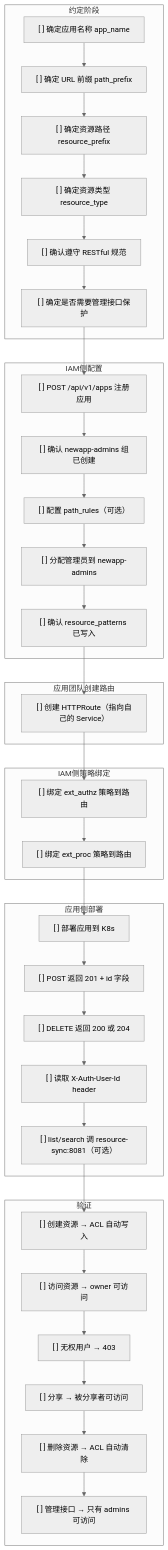
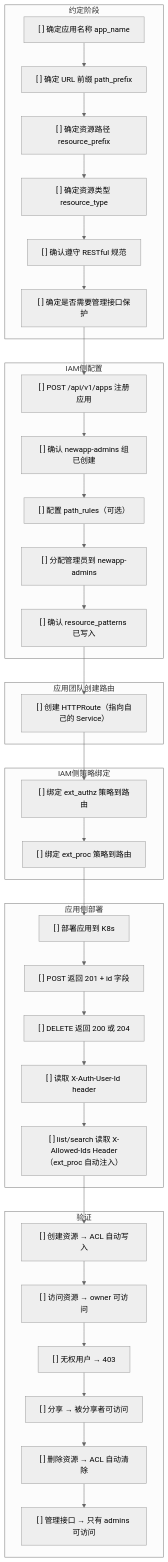
Before and after one commit to xiewanchao/aidp-iam: the ninth of 10 diagrams in diagrams/onboarding-flow.md, drawn with Mermaid (neutral theme). The commit also changed other lines of this file and 43 other files, not shown here.

First line of the commit message:
feat: IAM v2.0 - groups model, resource ACL, ext_proc, API Key auth

````diff
--- a/diagrams/onboarding-flow.md
+++ b/diagrams/onboarding-flow.md
@@ -484,52 +484,52 @@
 ```mermaid
 flowchart TD
     subgraph 约定阶段
         C1["[ ] 确定应用名称 app_name"]
         C2["[ ] 确定 URL 前缀 path_prefix"]
         C3["[ ] 确定资源路径 resource_prefix"]
         C4["[ ] 确定资源类型 resource_type"]
         C5["[ ] 确认遵守 RESTful 规范"]
         C6["[ ] 确定是否需要管理接口保护"]
     end
 
     subgraph IAM侧配置
         I1["[ ] POST /api/v1/apps 注册应用"]
         I2["[ ] 确认 newapp-admins 组已创建"]
         I3["[ ] 配置 path_rules（可选）"]
         I4["[ ] 分配管理员到 newapp-admins"]
         I5["[ ] 确认 resource_patterns 已写入"]
     end
 
     subgraph 应用团队创建路由
         R1["[ ] 创建 HTTPRoute（指向自己的 Service）"]
     end
 
     subgraph IAM侧策略绑定
         P1["[ ] 绑定 ext_authz 策略到路由"]
         P2["[ ] 绑定 ext_proc 策略到路由"]
     end
 
     subgraph 应用侧部署
         A1["[ ] 部署应用到 K8s"]
         A2["[ ] POST 返回 201 + id 字段"]
         A3["[ ] DELETE 返回 200 或 204"]
         A4["[ ] 读取 X-Auth-User-Id header"]
-        A5["[ ] list/search 调 resource-sync:8081（可选）"]
+        A5["[ ] list/search 读取 X-Allowed-Ids Header（ext_proc 自动注入）"]
     end
 
     subgraph 验证
         V1["[ ] 创建资源 → ACL 自动写入"]
         V2["[ ] 访问资源 → owner 可访问"]
         V3["[ ] 无权用户 → 403"]
         V4["[ ] 分享 → 被分享者可访问"]
         V5["[ ] 删除资源 → ACL 自动清除"]
         V6["[ ] 管理接口 → 只有 admins 可访问"]
     end
 
     C1 --> C2 --> C3 --> C4 --> C5 --> C6
     C6 --> I1 --> I2 --> I3 --> I4 --> I5
     I5 --> R1
     R1 --> P1 --> P2
     P2 --> A1 --> A2 --> A3 --> A4 --> A5
     A5 --> V1 --> V2 --> V3 --> V4 --> V5 --> V6
 ```
````
